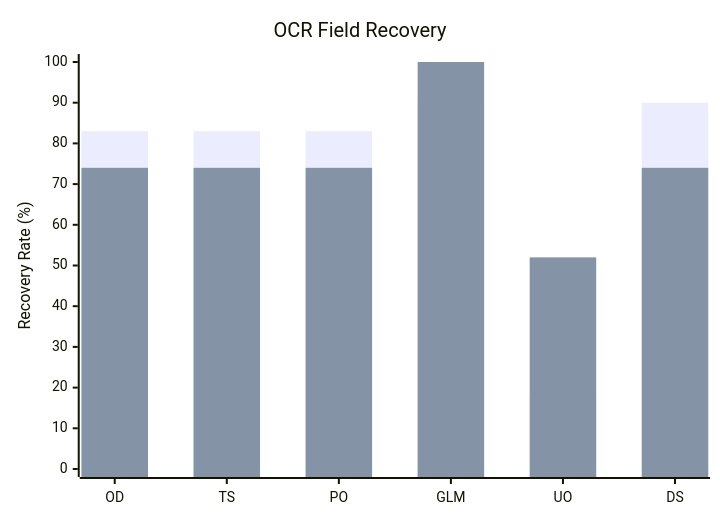
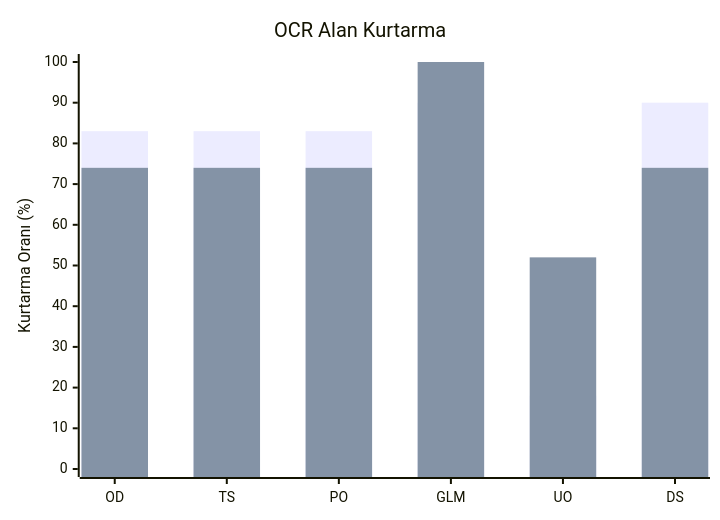
One commit to chyp3r/KACHOW-Teknofest-2026 changed diagram 11 of 14 in README.md. Above: the diagram before and after it, drawn with Mermaid. The commit also changed other lines of this file, not shown here.

First line of the commit message:
docs(readme): interface gallery, tech badge wall, model charts

````diff
--- a/README.md
+++ b/README.md
@@ -696,8 +901,8 @@
 ```mermaid
 xychart-beta
-    title "OCR Field Recovery"
+    title "OCR Alan Kurtarma"
     x-axis ["OD", "TS", "PO", "GLM", "UO", "DS"]
-    y-axis "Recovery Rate (%)" 0 --> 100
+    y-axis "Kurtarma Oranı (%)" 0 --> 100
     bar [83, 83, 83, 90, 18, 90]
     bar [74, 74, 74, 100, 52, 74]
 ```
````
